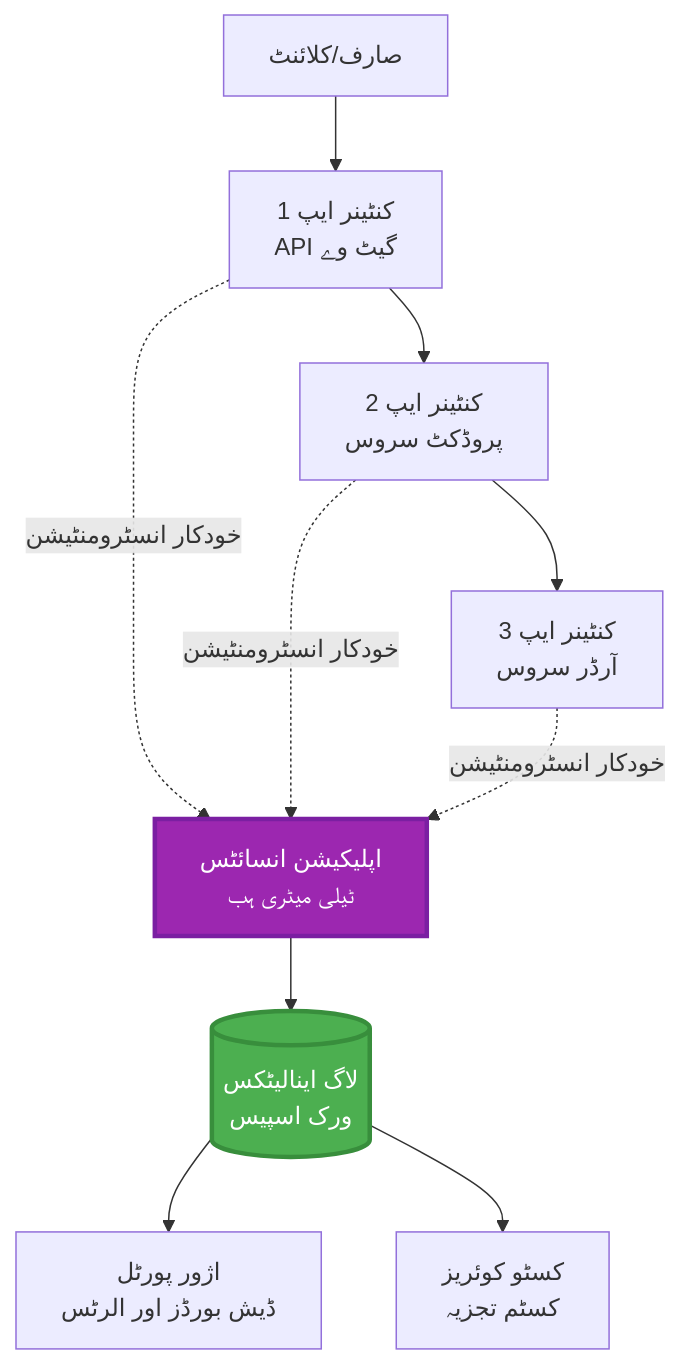
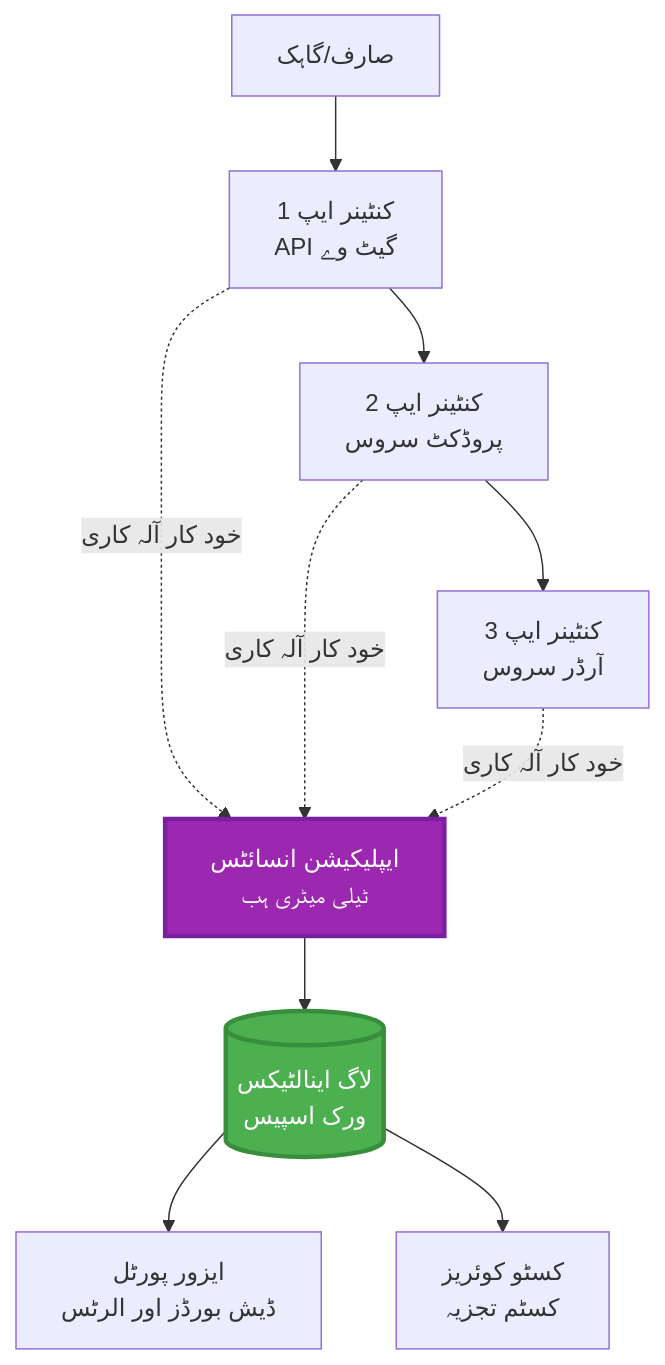
One commit to microsoft/AZD-for-beginners changed the first of 2 diagrams in translations/ur/docs/chapter-06-pre-deployment/application-insights.md. Above: the diagram before and after it, drawn with Mermaid. The commit also changed other lines of this file and 101 other files, not shown here.

````diff
--- a/translations/ur/docs/chapter-06-pre-deployment/application-insights.md
+++ b/translations/ur/docs/chapter-06-pre-deployment/application-insights.md
@@ -58,28 +58,28 @@
 ```mermaid
 graph TB
-    User[صارف/کلائنٹ]
+    User[صارف/گاہک]
     App1[کنٹینر ایپ 1<br/>API گیٹ وے]
     App2[کنٹینر ایپ 2<br/>پروڈکٹ سروس]
     App3[کنٹینر ایپ 3<br/>آرڈر سروس]
     
-    AppInsights[اپلیکیشن انسائٹس<br/>ٹیلی میٹری ہب]
-    LogAnalytics[(لاگ اینالیٹکس<br/>ورک اسپیس)]
+    AppInsights[ایپلیکیشن انسائٹس<br/>ٹیلی میٹری ہب]
+    LogAnalytics[(لاگ اینالٹیکس<br/>ورک اسپیس)]
     
-    Portal[اژور پورٹل<br/>ڈیش بورڈز اور الرٹس]
+    Portal[ایزور پورٹل<br/>ڈیش بورڈز اور الرٹس]
     Query[کسٹو کوئریز<br/>کسٹم تجزیہ]
     
     User --> App1
     App1 --> App2
     App2 --> App3
     
-    App1 -.->|خودکار انسٹرومنٹیشن| AppInsights
-    App2 -.->|خودکار انسٹرومنٹیشن| AppInsights
-    App3 -.->|خودکار انسٹرومنٹیشن| AppInsights
+    App1 -.->|خود کار آلہ کاری| AppInsights
+    App2 -.->|خود کار آلہ کاری| AppInsights
+    App3 -.->|خود کار آلہ کاری| AppInsights
     
     AppInsights --> LogAnalytics
     LogAnalytics --> Portal
     LogAnalytics --> Query
     
     style AppInsights fill:#9C27B0,stroke:#7B1FA2,stroke-width:3px,color:#fff
     style LogAnalytics fill:#4CAF50,stroke:#388E3C,stroke-width:3px,color:#fff
 ```
````
